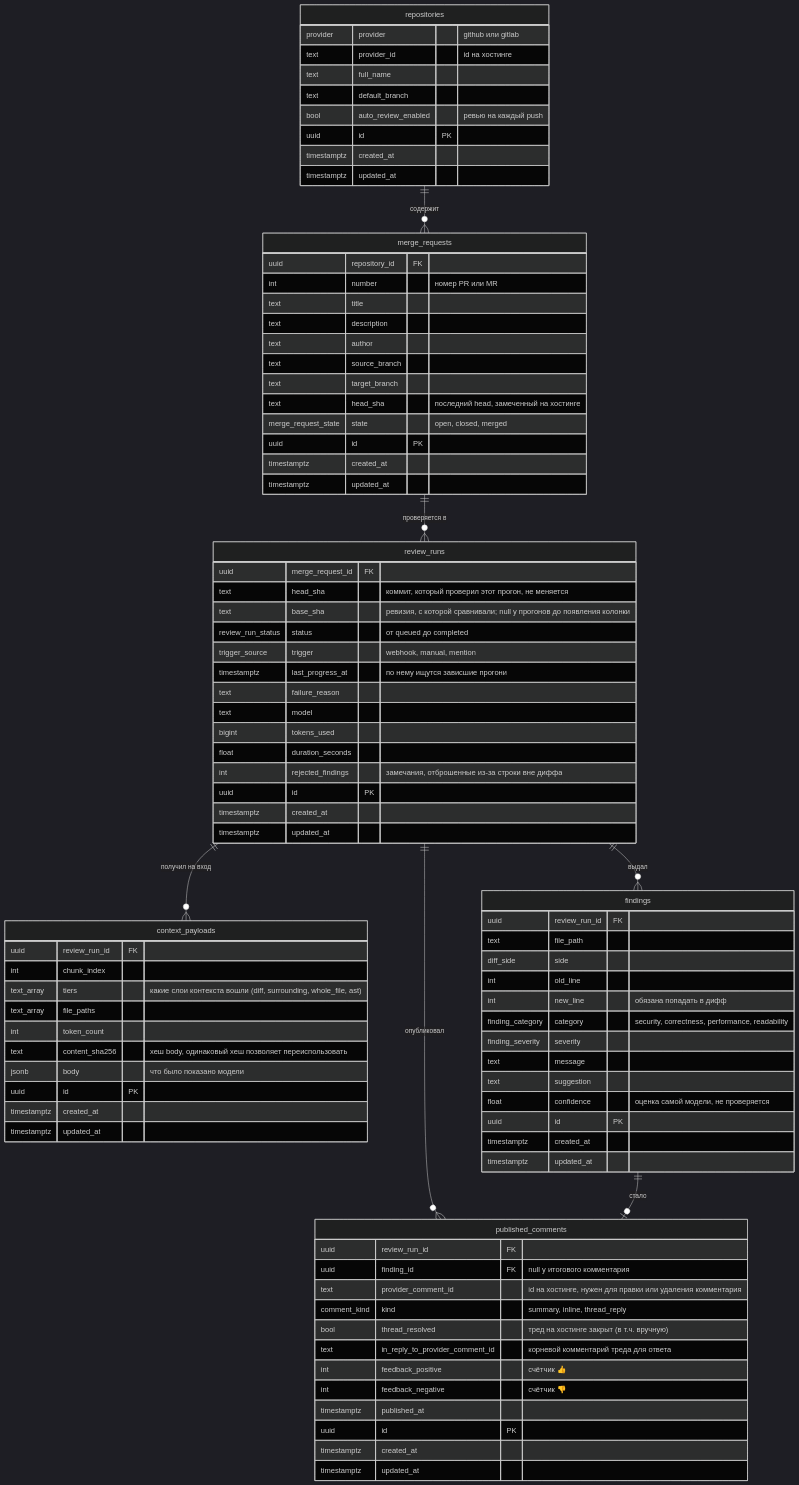
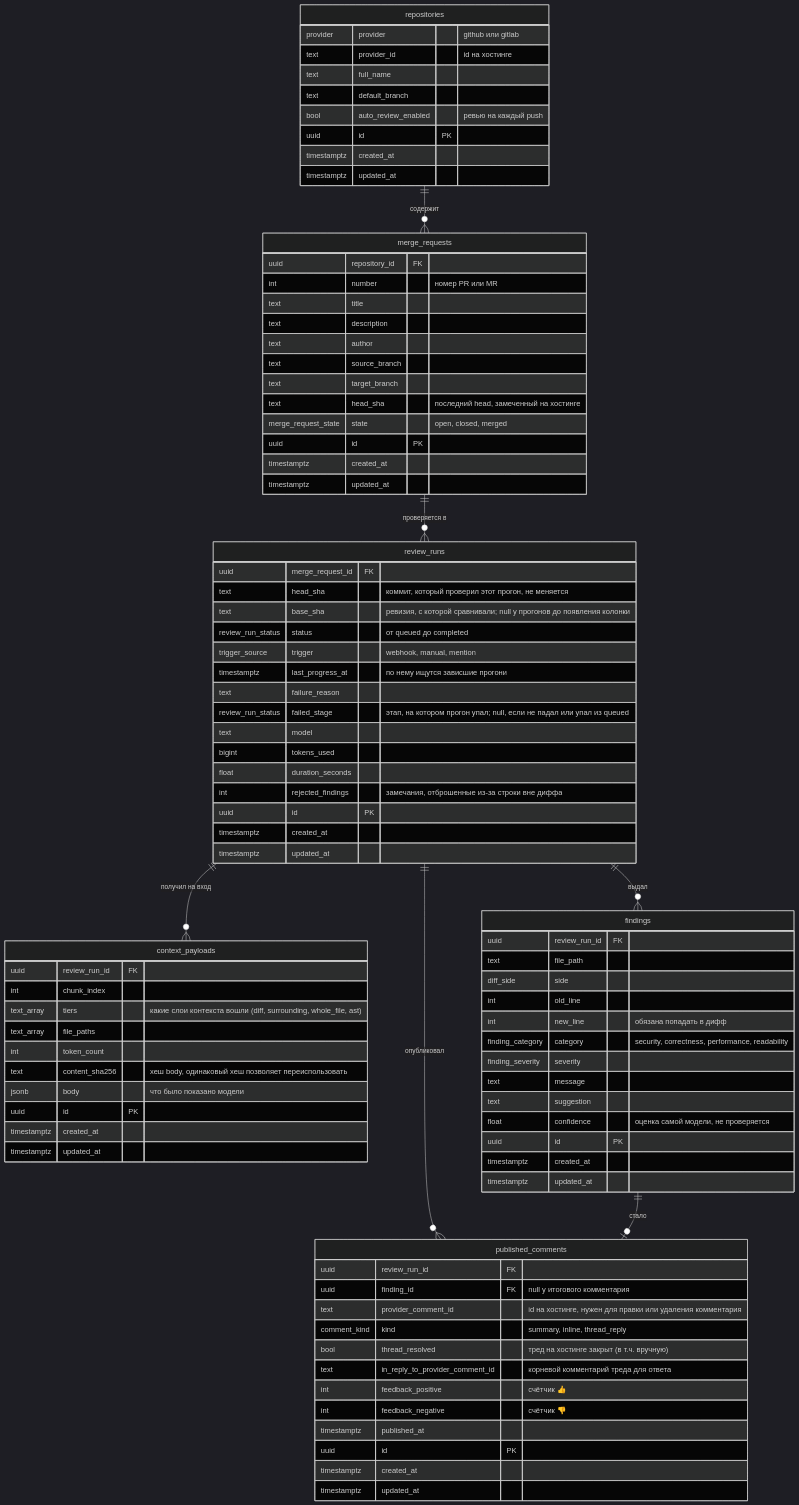
The diagram in docs/erd.md (larchanka-training/dmc-268-api-t1), drawn with Mermaid (dark theme) before and after one commit. The commit also changed other lines of this file and 33 other files, not shown here.

First line of the commit message:
feat: поток событий статуса прогона по SSE и этап сбоя (failed_stage) (#56)

```diff
--- a/docs/erd.md
+++ b/docs/erd.md
@@ -49,6 +49,7 @@
         trigger_source trigger "webhook, manual, mention"
         timestamptz last_progress_at "по нему ищутся зависшие прогони"
         text failure_reason
+        review_run_status failed_stage "этап, на котором прогон упал; null, если не падал или упал из queued"
         text model
         bigint tokens_used
         float duration_seconds
```
